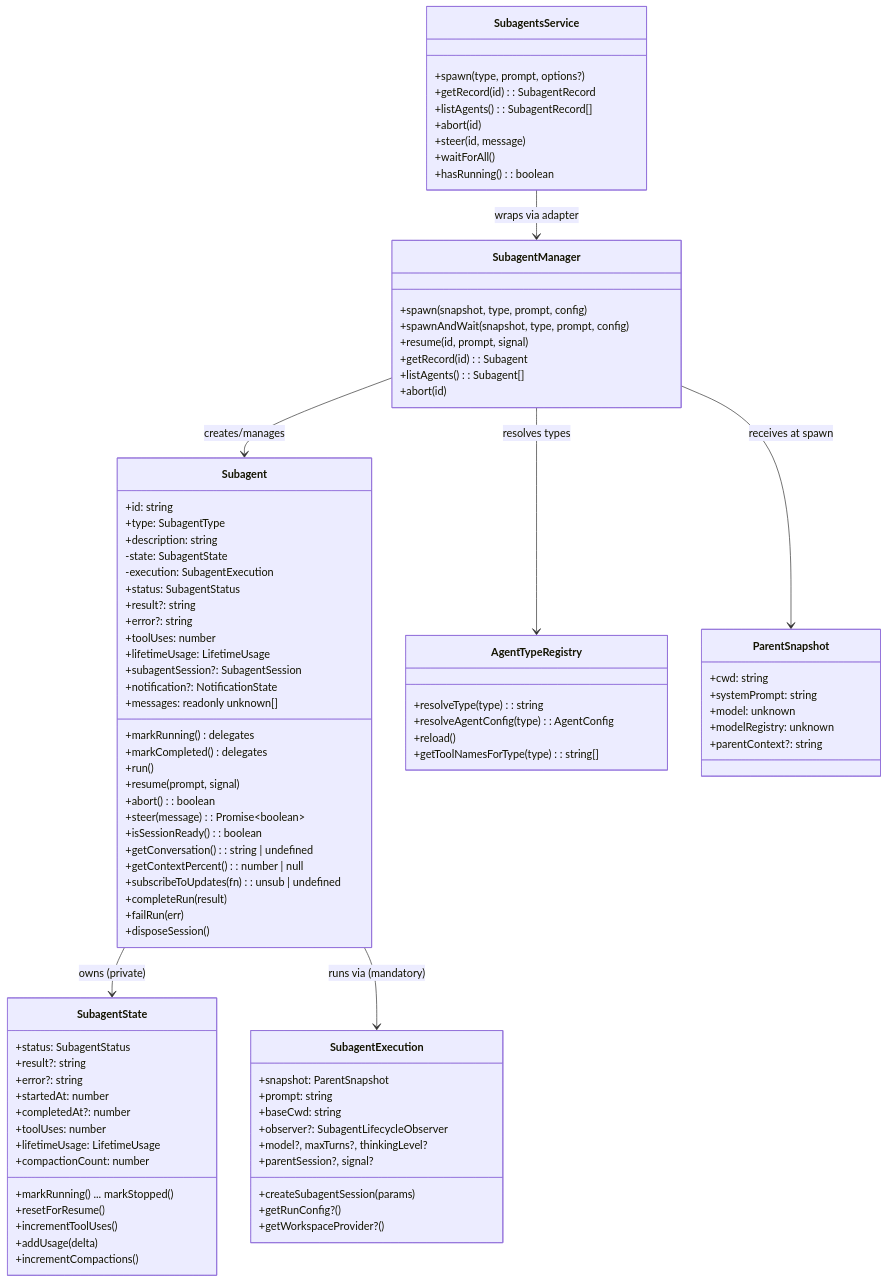
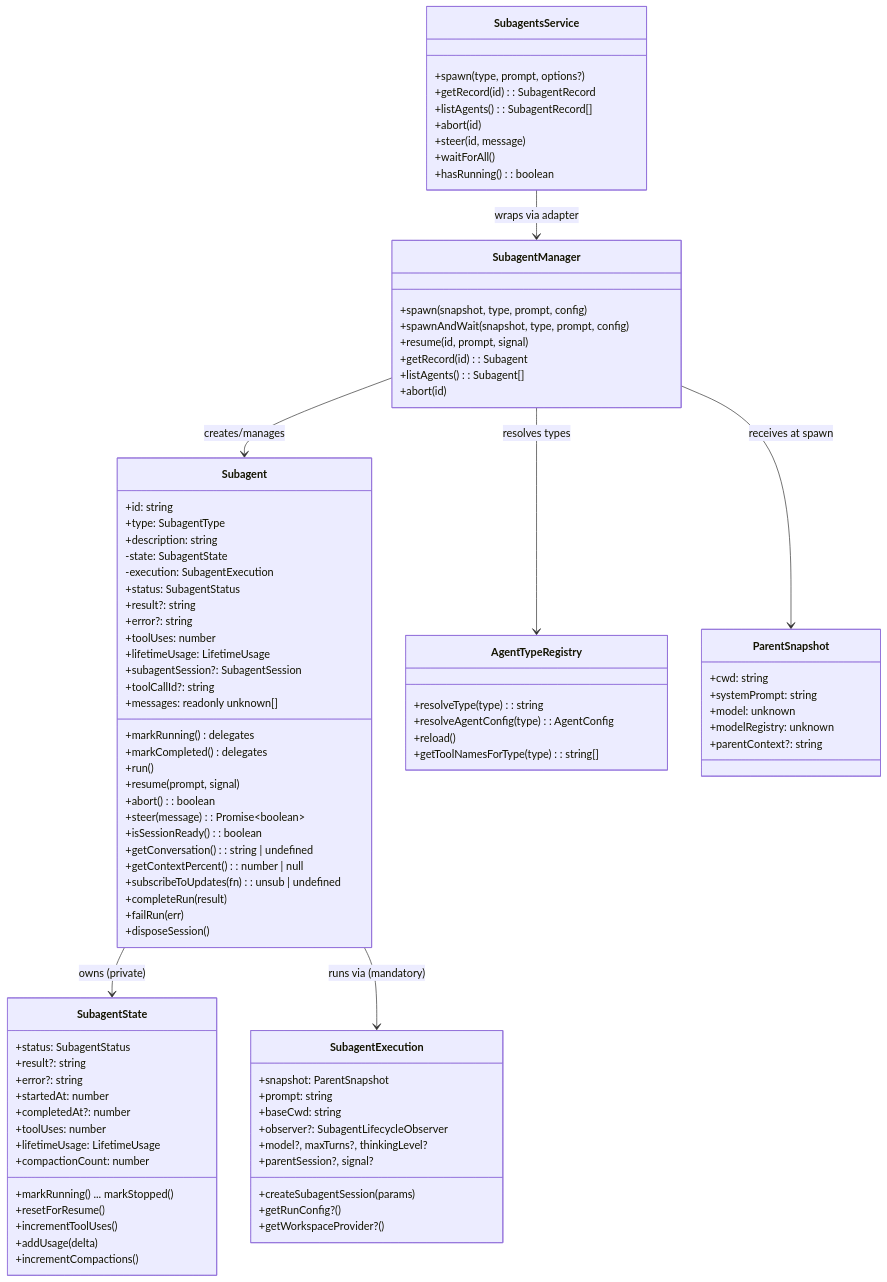
Before and after one commit to whaoa/forked-gotgenes-pi-packages: the second of 6 diagrams in packages/pi-subagents/docs/architecture/architecture.md, drawn with Mermaid. The commit also changed other lines of this file and 2 other files, not shown here.

First line of the commit message:
docs(pi-subagents): drop NotificationState from architecture and skill after result-delivery extraction

```diff
--- a/packages/pi-subagents/docs/architecture/architecture.md
+++ b/packages/pi-subagents/docs/architecture/architecture.md
@@ -114,7 +114,7 @@
         +toolUses: number
         +lifetimeUsage: LifetimeUsage
         +subagentSession?: SubagentSession
-        +notification?: NotificationState
+        +toolCallId?: string
         +markRunning() delegates
         +markCompleted() delegates
         +run()
```
